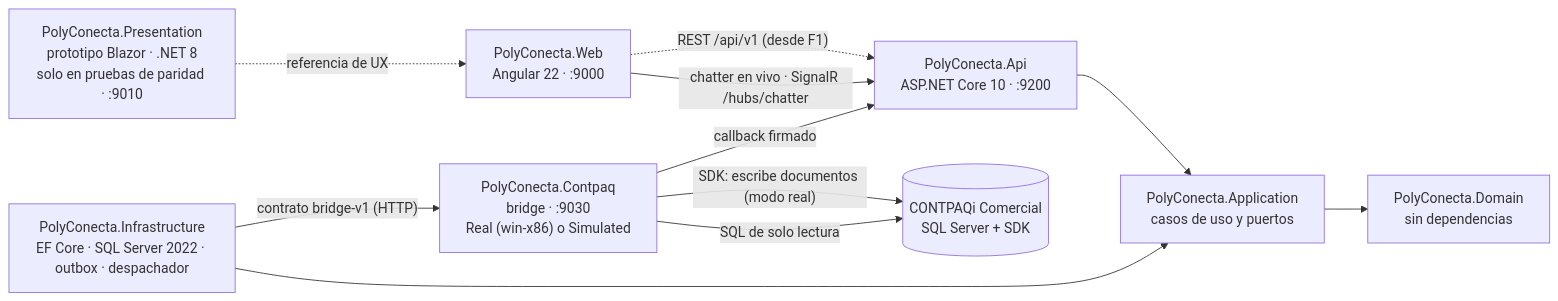
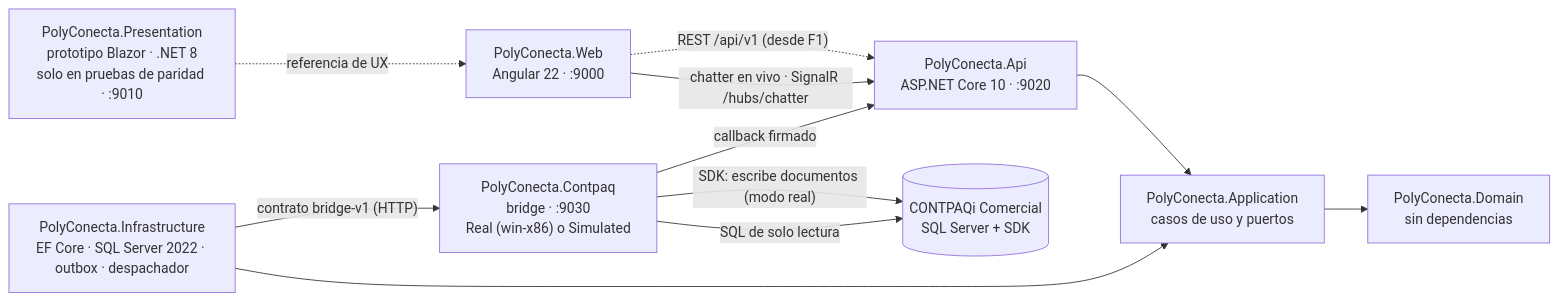
One commit to INNATOS-SYSTEMS/Polyconecta changed the diagram in docs/diseno/05-arquitectura-tecnica.md. Above: the diagram before and after it, drawn with Mermaid. The commit also changed other lines of this file and 12 other files, not shown here.

````diff
--- a/docs/diseno/05-arquitectura-tecnica.md
+++ b/docs/diseno/05-arquitectura-tecnica.md
@@ -22,21 +22,21 @@
 ```mermaid
 flowchart LR
     WEB["PolyConecta.Web<br/>Angular 22 · :9000"]
     PROTO["PolyConecta.Presentation<br/>prototipo Blazor · .NET 8<br/>solo en pruebas de paridad · :9010"]
-    API["PolyConecta.Api<br/>ASP.NET Core 10 · :9200"]
+    API["PolyConecta.Api<br/>ASP.NET Core 10 · :9020"]
     APP["PolyConecta.Application<br/>casos de uso y puertos"]
     INF["PolyConecta.Infrastructure<br/>EF Core · SQL Server 2022 · outbox · despachador"]
     DOM["PolyConecta.Domain<br/>sin dependencias"]
     BR["PolyConecta.Contpaq<br/>bridge · :9030<br/>Real (win-x86) o Simulated"]
     ERP[("CONTPAQi Comercial<br/>SQL Server + SDK")]
 
     WEB -. "REST /api/v1 (desde F1)" .-> API
     WEB -- "chatter en vivo · SignalR /hubs/chatter" --> API
     PROTO -. "referencia de UX" .-> WEB
     API --> APP --> DOM
     INF --> APP
     INF -- "contrato bridge-v1 (HTTP)" --> BR
     BR -- "callback firmado" --> API
     BR -- "SDK: escribe documentos (modo real)" --> ERP
     BR -- "SQL de solo lectura" --> ERP
 ```
````
